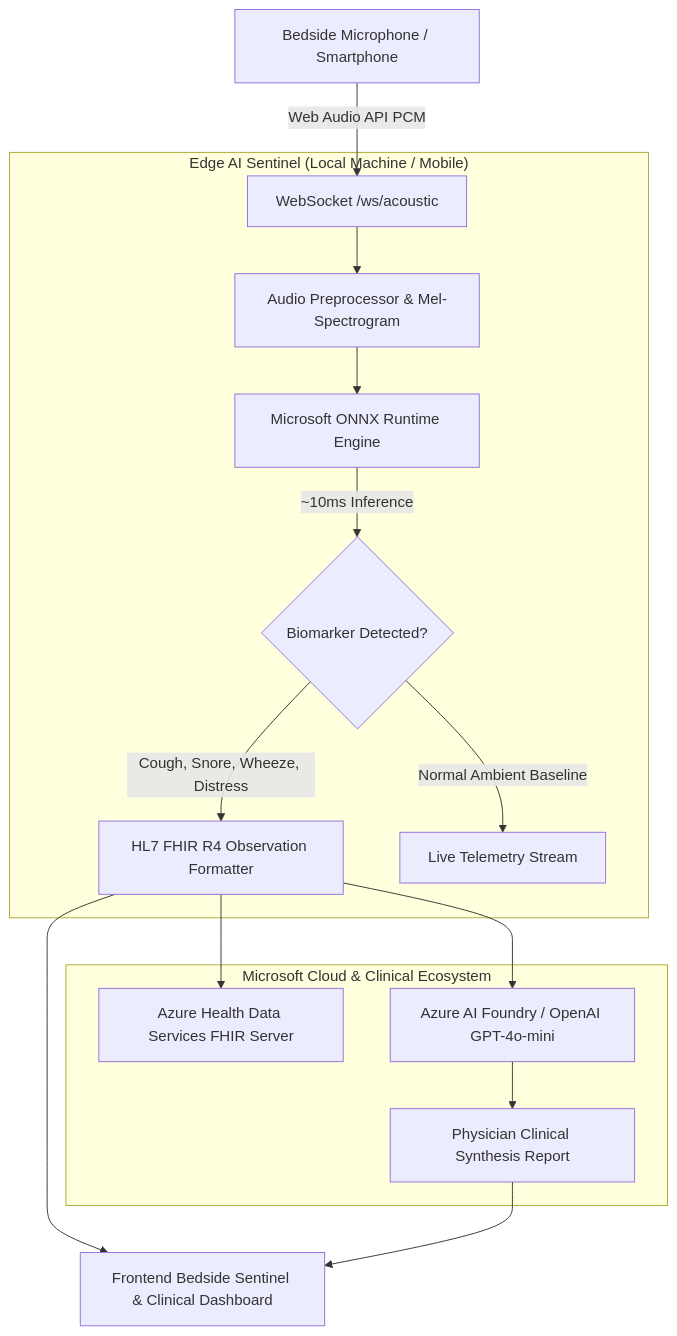
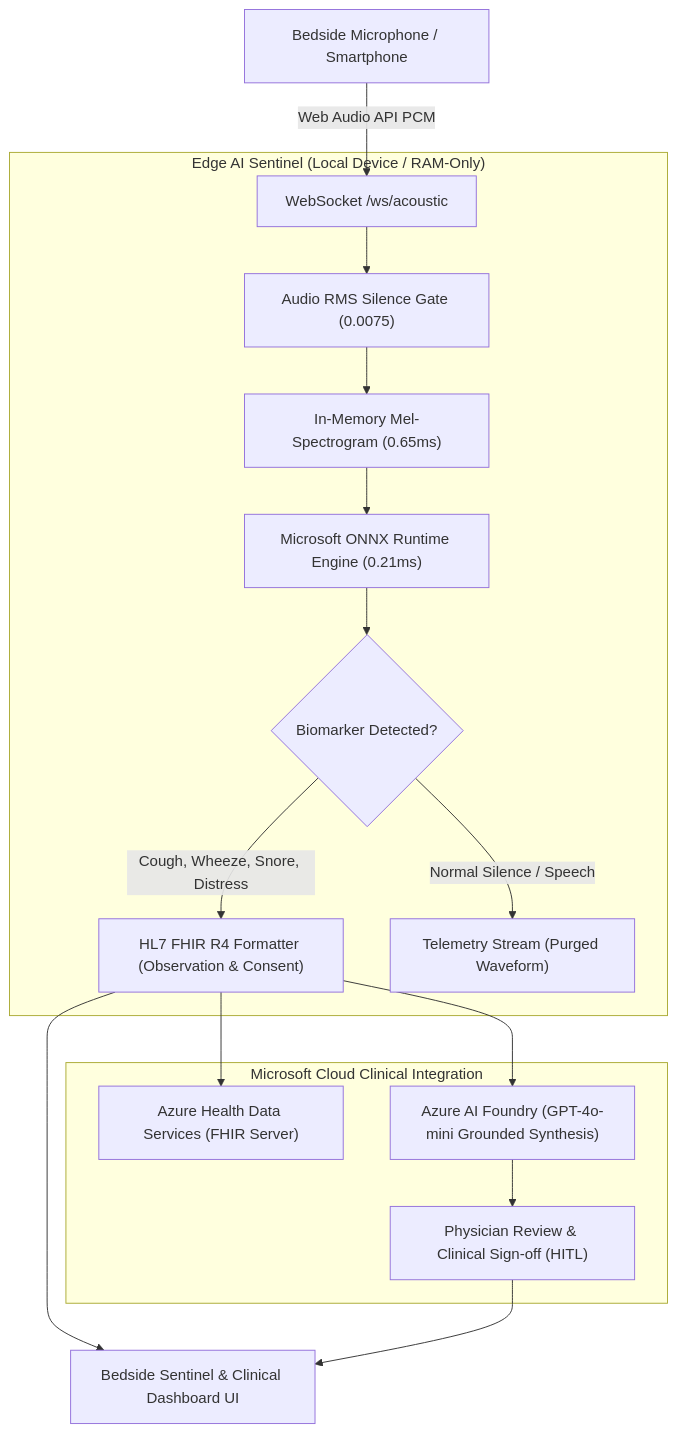
One commit to PoterasuStefan/NightDoc changed the diagram in README.md. Above: the diagram before and after it, drawn with Mermaid. The commit also changed other lines of this file and 8 other files, not shown here.

````diff
--- a/README.md
+++ b/README.md
@@ -78,21 +136,22 @@
 ```mermaid
 graph TD
     A["Bedside Microphone / Smartphone"] -->|"Web Audio API PCM"| B["WebSocket /ws/acoustic"]
     
-    subgraph EdgeAI ["Edge AI Sentinel (Local Machine / Mobile)"]
-        B --> C["Audio Preprocessor & Mel-Spectrogram"]
-        C --> D["Microsoft ONNX Runtime Engine"]
-        D -->|"~10ms Inference"| E{"Biomarker Detected?"}
-        E -->|"Cough, Snore, Wheeze, Distress"| F["HL7 FHIR R4 Observation Formatter"]
-        E -->|"Normal Ambient Baseline"| G["Live Telemetry Stream"]
+    subgraph EdgeAI ["Edge AI Sentinel (Local Device / RAM-Only)"]
+        B --> C["Audio RMS Silence Gate (0.0075)"]
+        C --> D["In-Memory Mel-Spectrogram (0.65ms)"]
+        D --> E["Microsoft ONNX Runtime Engine (0.21ms)"]
+        E --> F{"Biomarker Detected?"}
+        F -->|"Cough, Wheeze, Snore, Distress"| G["HL7 FHIR R4 Formatter (Observation & Consent)"]
+        F -->|"Normal Silence / Speech"| H["Telemetry Stream (Purged Waveform)"]
     end
     
-    subgraph AzureCloud ["Microsoft Cloud & Clinical Ecosystem"]
-        F --> H["Azure Health Data Services FHIR Server"]
-        F --> I["Azure AI Foundry / OpenAI GPT-4o-mini"]
-        I --> J["Physician Clinical Synthesis Report"]
+    subgraph AzureCloud ["Microsoft Cloud Clinical Integration"]
+        G --> I["Azure Health Data Services (FHIR Server)"]
+        G --> J["Azure AI Foundry (GPT-4o-mini Grounded Synthesis)"]
+        J --> K["Physician Review & Clinical Sign-off (HITL)"]
     end
     
-    F --> K["Frontend Bedside Sentinel & Clinical Dashboard"]
-    J --> K
+    G --> L["Bedside Sentinel & Clinical Dashboard UI"]
+    K --> L
 ```
````
